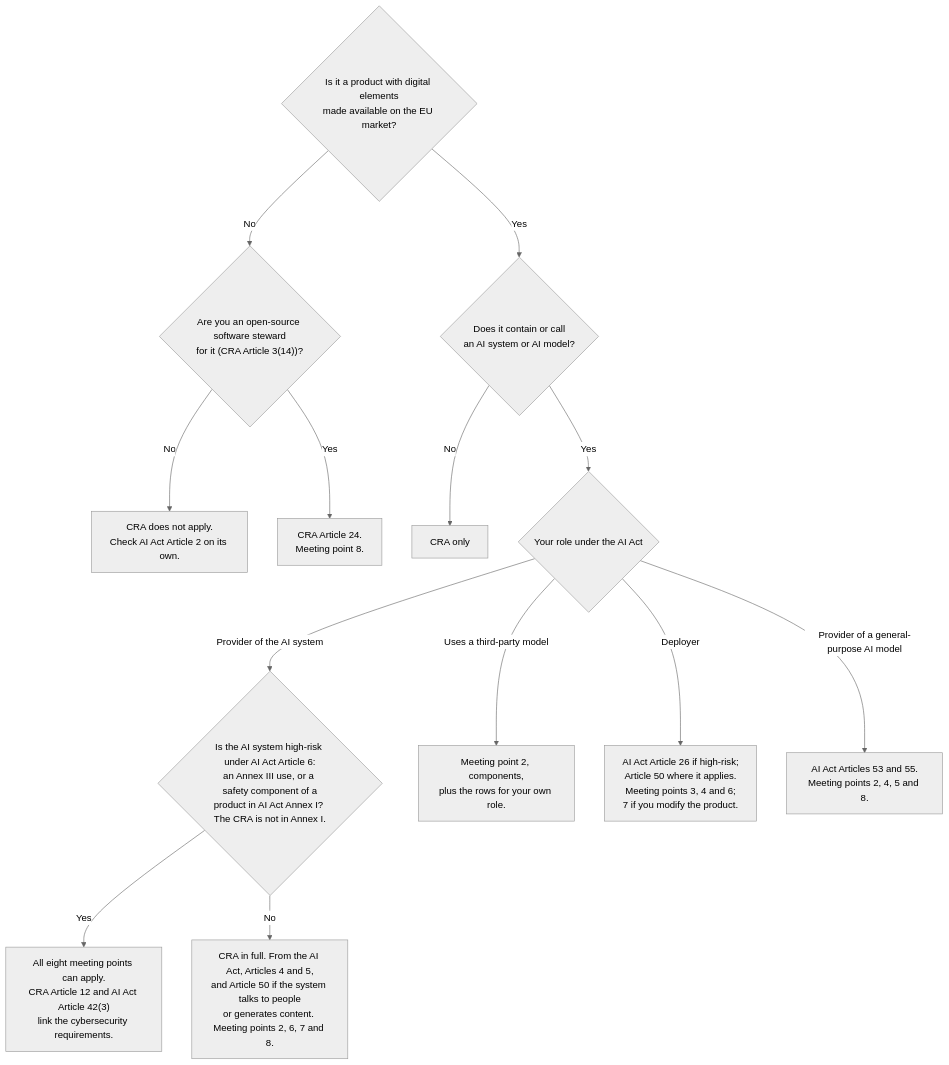
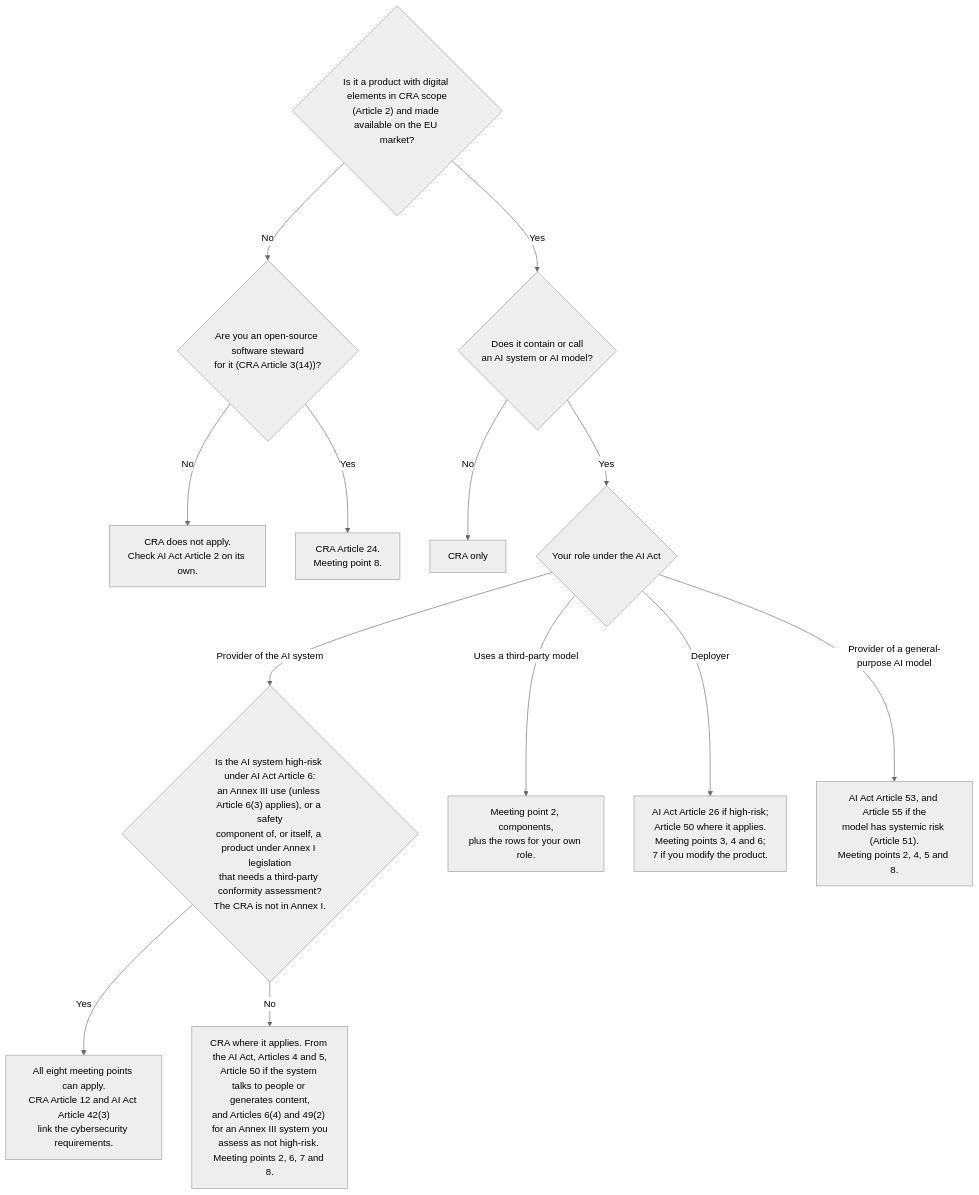
The diagram in ai-policy-and-compliance-sig/whitepapers/ai-act-and-cra.md (orcwg/orcwg), drawn with Mermaid (neutral theme) before and after one commit. The commit also changed other lines of this file, not shown here.

````diff
--- a/ai-policy-and-compliance-sig/whitepapers/ai-act-and-cra.md
+++ b/ai-policy-and-compliance-sig/whitepapers/ai-act-and-cra.md
@@ -79,29 +81,29 @@
 ```mermaid
 flowchart TD
-    pde{"Is it a product with digital elements<br/>made available on the EU market?"}
+    pde{"Is it a product with digital elements in CRA scope<br/>(Article 2) and made available on the EU market?"}
     steward{"Are you an open-source software steward<br/>for it (CRA Article 3(14))?"}
     noCRA["CRA does not apply.<br/>Check AI Act Article 2 on its own."]
     stewardMP["CRA Article 24.<br/>Meeting point 8."]
     ai{"Does it contain or call<br/>an AI system or AI model?"}
     craonly["CRA only"]
     role{"Your role under the AI Act"}
-    provider{"Is the AI system high-risk under AI Act Article 6:<br/>an Annex III use, or a safety component of a<br/>product in AI Act Annex I? The CRA is not in Annex I."}
+    provider{"Is the AI system high-risk under AI Act Article 6:<br/>an Annex III use (unless Article 6(3) applies), or a safety<br/>component of, or itself, a product under Annex I legislation<br/>that needs a third-party conformity assessment?<br/>The CRA is not in Annex I."}
     hr["All eight meeting points can apply.<br/>CRA Article 12 and AI Act Article 42(3)<br/>link the cybersecurity requirements."]
-    nothr["CRA in full. From the AI Act, Articles 4 and 5,<br/>and Article 50 if the system talks to people<br/>or generates content. Meeting points 2, 6, 7 and 8."]
+    nothr["CRA where it applies. From the AI Act, Articles 4 and 5,<br/>Article 50 if the system talks to people or generates content,<br/>and Articles 6(4) and 49(2) for an Annex III system you<br/>assess as not high-risk. Meeting points 2, 6, 7 and 8."]
     integrator["Meeting point 2, components,<br/>plus the rows for your own role."]
     deployer["AI Act Article 26 if high-risk;<br/>Article 50 where it applies.<br/>Meeting points 3, 4 and 6;<br/>7 if you modify the product."]
-    gpai["AI Act Articles 53 and 55.<br/>Meeting points 2, 4, 5 and 8."]
+    gpai["AI Act Article 53, and Article 55 if the<br/>model has systemic risk (Article 51).<br/>Meeting points 2, 4, 5 and 8."]
 
     pde -- No --> steward
     steward -- No --> noCRA
     steward -- Yes --> stewardMP
     pde -- Yes --> ai
     ai -- No --> craonly
     ai -- Yes --> role
     role -- "Provider of the AI system" --> provider
     provider -- Yes --> hr
     provider -- No --> nothr
     role -- "Uses a third-party model" --> integrator
     role -- Deployer --> deployer
     role -- "Provider of a general-purpose AI model" --> gpai
 ```
````
